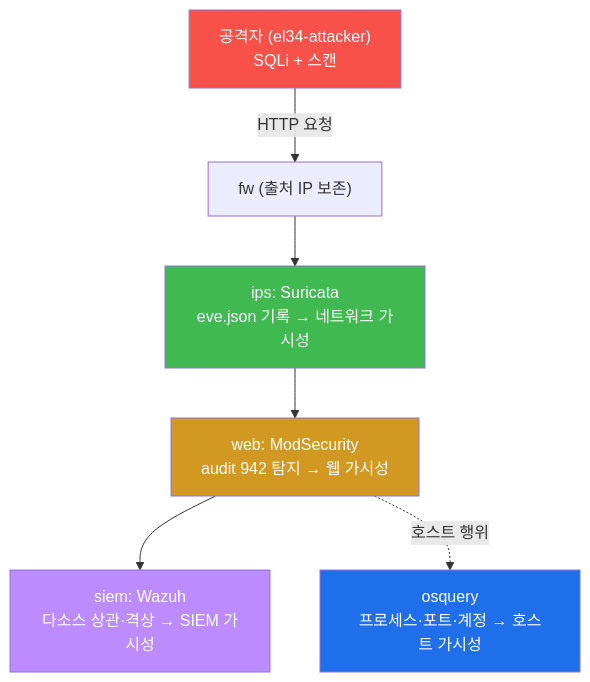
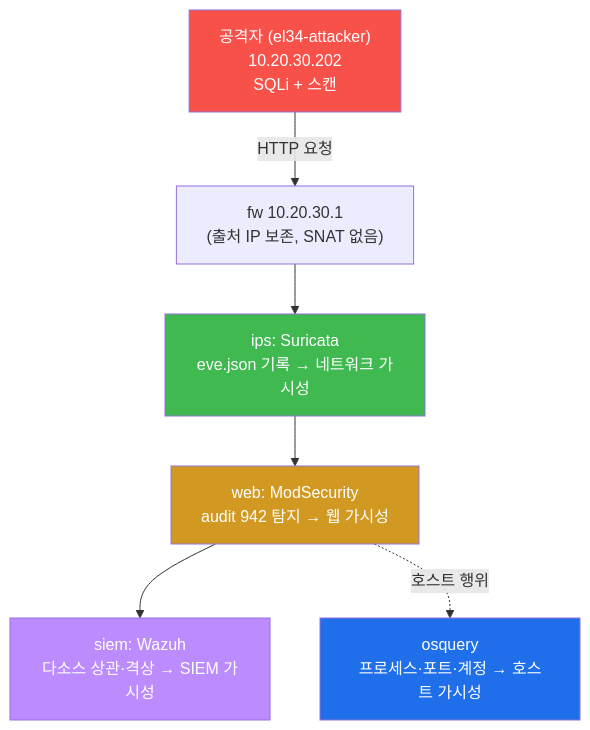
One commit to mrgrit/tw2 changed the third of 5 diagrams in contents/training/soc-adv/lecture_week01.md. Above: the diagram before and after it, drawn with Mermaid. The commit also changed other lines of this file, not shown here.

````diff
--- a/contents/training/soc-adv/lecture_week01.md
+++ b/contents/training/soc-adv/lecture_week01.md
@@ -137,14 +219,14 @@
 ```mermaid
 graph TD
-    A["공격자 (el34-attacker)<br/>SQLi + 스캔"]
-    A -->|HTTP 요청| FW["fw (출처 IP 보존)"]
+    A["공격자 (el34-attacker)<br/>10.20.30.202<br/>SQLi + 스캔"]
+    A -->|HTTP 요청| FW["fw 10.20.30.1<br/>(출처 IP 보존, SNAT 없음)"]
     FW --> IPS["ips: Suricata<br/>eve.json 기록 → 네트워크 가시성"]
     IPS --> WEB["web: ModSecurity<br/>audit 942 탐지 → 웹 가시성"]
     WEB --> SIEM["siem: Wazuh<br/>다소스 상관·격상 → SIEM 가시성"]
     WEB -.->|호스트 행위| HOST["osquery<br/>프로세스·포트·계정 → 호스트 가시성"]
     style A fill:#f85149,color:#fff
     style IPS fill:#3fb950,color:#fff
     style WEB fill:#d29922,color:#fff
     style SIEM fill:#bc8cff,color:#fff
     style HOST fill:#1f6feb,color:#fff
 ```
````
